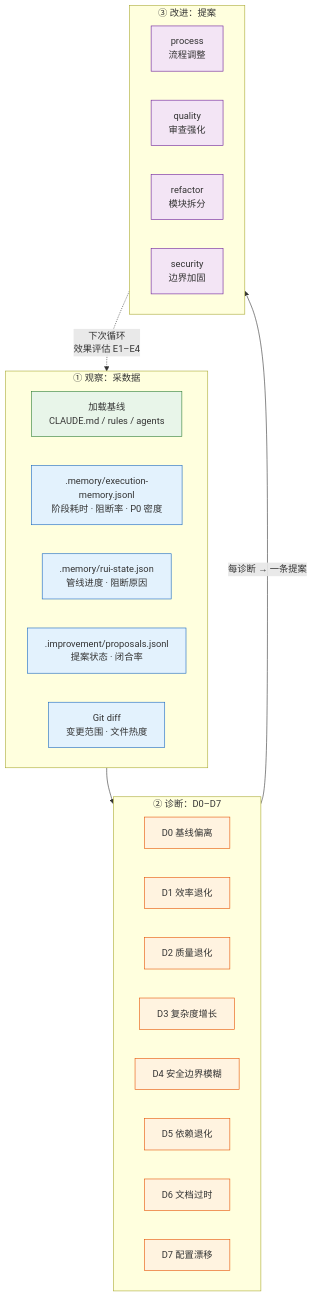
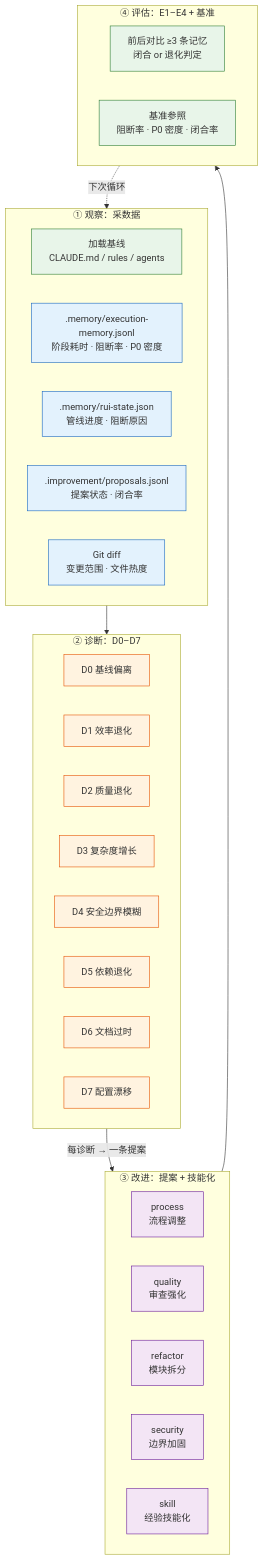
One commit to effiy/YrY changed the first of 6 diagrams in agents/self-improve.md. Above: the diagram before and after it, drawn with Mermaid. The commit also changed other lines of this file and 22 other files, not shown here.

````diff
--- a/agents/self-improve.md
+++ b/agents/self-improve.md
@@ -13,37 +15,45 @@
 ```mermaid
 flowchart TB
     subgraph 观察["① 观察：采数据"]
         BSL["加载基线<br/>CLAUDE.md / rules / agents"]:::src
         EXEC[".memory/execution-memory.jsonl<br/>阶段耗时 · 阻断率 · P0 密度"]:::data
         STATE[".memory/rui-state.json<br/>管线进度 · 阻断原因"]:::data
         PROP[".improvement/proposals.jsonl<br/>提案状态 · 闭合率"]:::data
         GIT["Git diff<br/>变更范围 · 文件热度"]:::data
     end
 
     subgraph 诊断["② 诊断：D0–D7"]
         D0["D0 基线偏离"]:::diag
         D1["D1 效率退化"]:::diag
         D2["D2 质量退化"]:::diag
         D3["D3 复杂度增长"]:::diag
         D4["D4 安全边界模糊"]:::diag
         D5["D5 依赖退化"]:::diag
         D6["D6 文档过时"]:::diag
         D7["D7 配置漂移"]:::diag
     end
 
-    subgraph 改进["③ 改进：提案"]
+    subgraph 改进["③ 改进：提案 + 技能化"]
         PRC["process<br/>流程调整"]:::prop
         QLT["quality<br/>审查强化"]:::prop
         REF["refactor<br/>模块拆分"]:::prop
         SEC["security<br/>边界加固"]:::prop
+        SKL["skill<br/>经验技能化"]:::prop
+    end
+
+    subgraph 评估["④ 评估：E1–E4 + 基准"]
+        EVAL["前后对比 ≥3 条记忆<br/>闭合 or 退化判定"]:::eval
+        BENCH["基准参照<br/>阻断率 · P0 密度 · 闭合率"]:::eval
     end
 
     观察 --> 诊断
     诊断 -->|"每诊断 → 一条提案"| 改进
-    改进 -.->|"下次循环<br/>效果评估 E1–E4"| 观察
+    改进 --> 评估
+    评估 -.->|"下次循环"| 观察
 
     classDef src fill:#e8f5e9,stroke:#2e7d32;
     classDef data fill:#e3f2fd,stroke:#1565c0;
     classDef diag fill:#fff3e0,stroke:#e65100;
     classDef prop fill:#f3e5f5,stroke:#6a1b9a;
+    classDef eval fill:#e8f5e9,stroke:#2e7d32;
 ```
````
